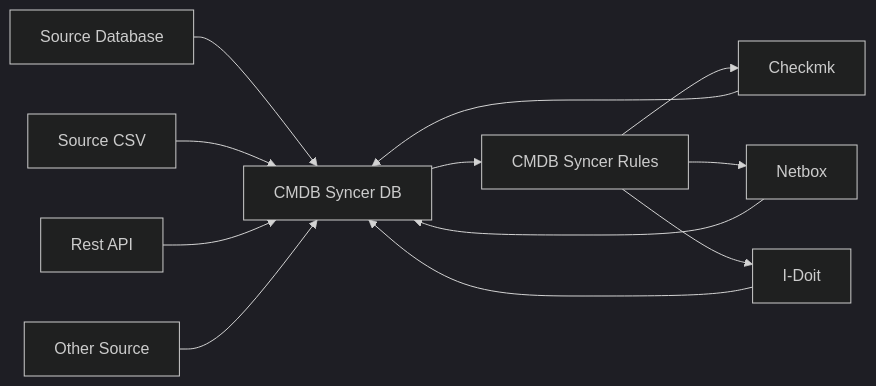
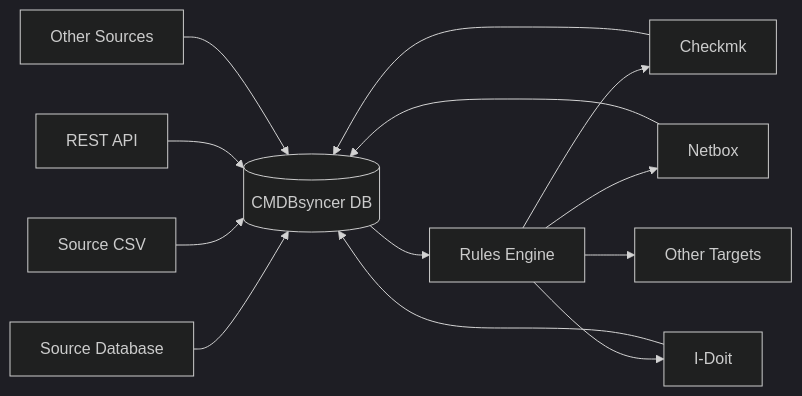
One commit to kuhn-ruess/cmdbsyncer-docs changed the diagram in docs/basics/how_it_works.md. Above: the diagram before and after it, drawn with Mermaid (dark theme). The commit also changed other lines of this file and 14 other files, not shown here.

````diff
--- a/docs/basics/how_it_works.md
+++ b/docs/basics/how_it_works.md
@@ -4,32 +5,32 @@
 ``` mermaid
 graph LR
-SD[Source Database]
-SC[Source CSV]
-S[CMDB Syncer DB]
-C[Checkmk]
-I[I-Doit]
-N[Netbox]
-R[Rest API]
-O[Other Source]
-RE[CMDB Syncer Rules]
+    SD[Source Database]
+    SC[Source CSV]
+    R[REST API]
+    O[Other Sources]
 
+    S[(CMDBsyncer DB)]
 
-SD --> S
-SC --> S
-R --> S
-O --> S
+    RE[Rules Engine]
 
+    C[Checkmk]
+    N[Netbox]
+    I[I-Doit]
+    X[Other Targets]
 
-S --> RE
+    SD --> S
+    SC --> S
+    R  --> S
+    O  --> S
 
-C --> S 
-RE --> C
-N --> S
-RE --> N
+    C  --> S
+    N  --> S
+    I  --> S
 
-I --> S
-RE --> I
+    S  --> RE
 
-
-
+    RE --> C
+    RE --> N
+    RE --> I
+    RE --> X
 ```
````
